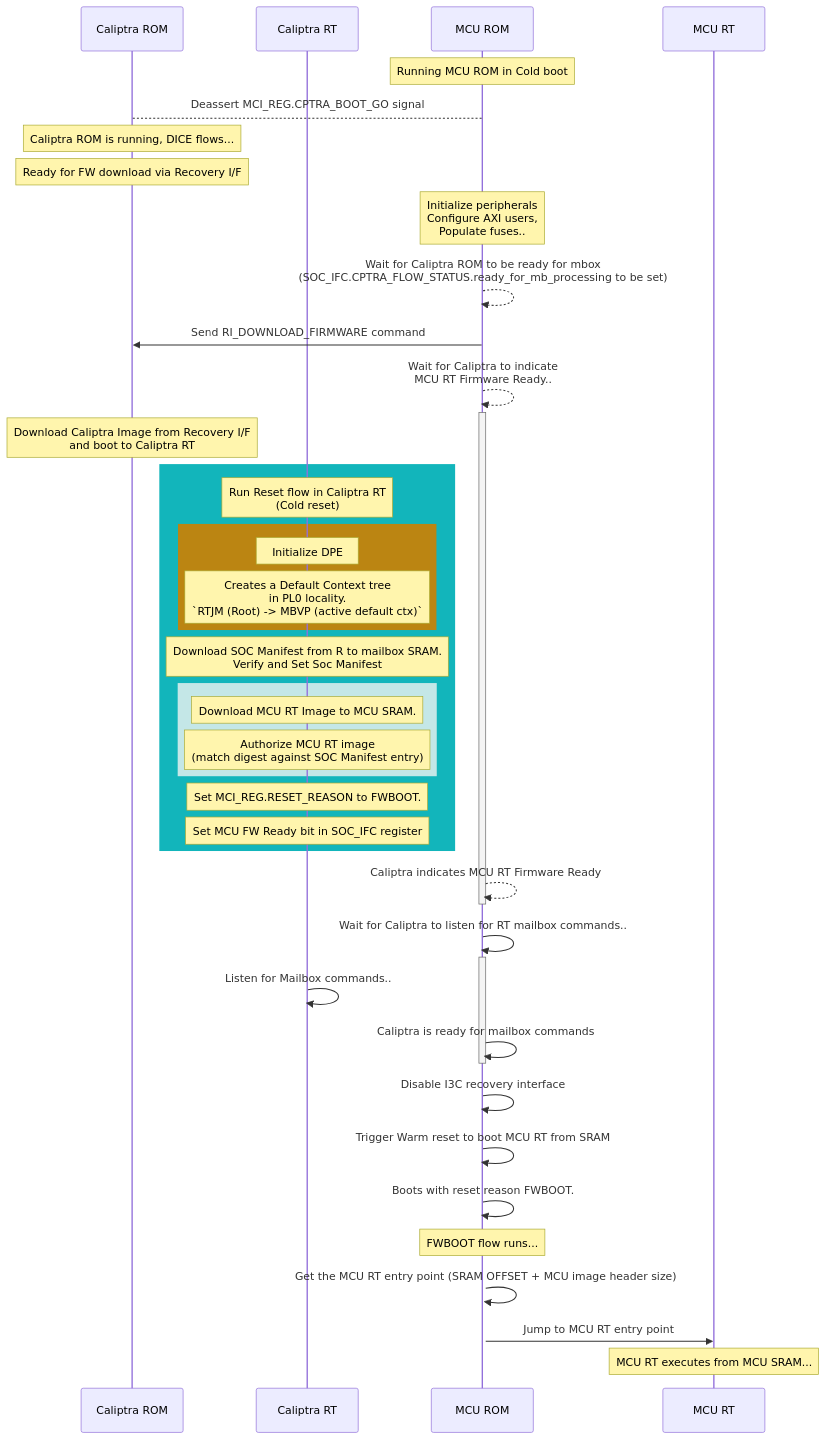
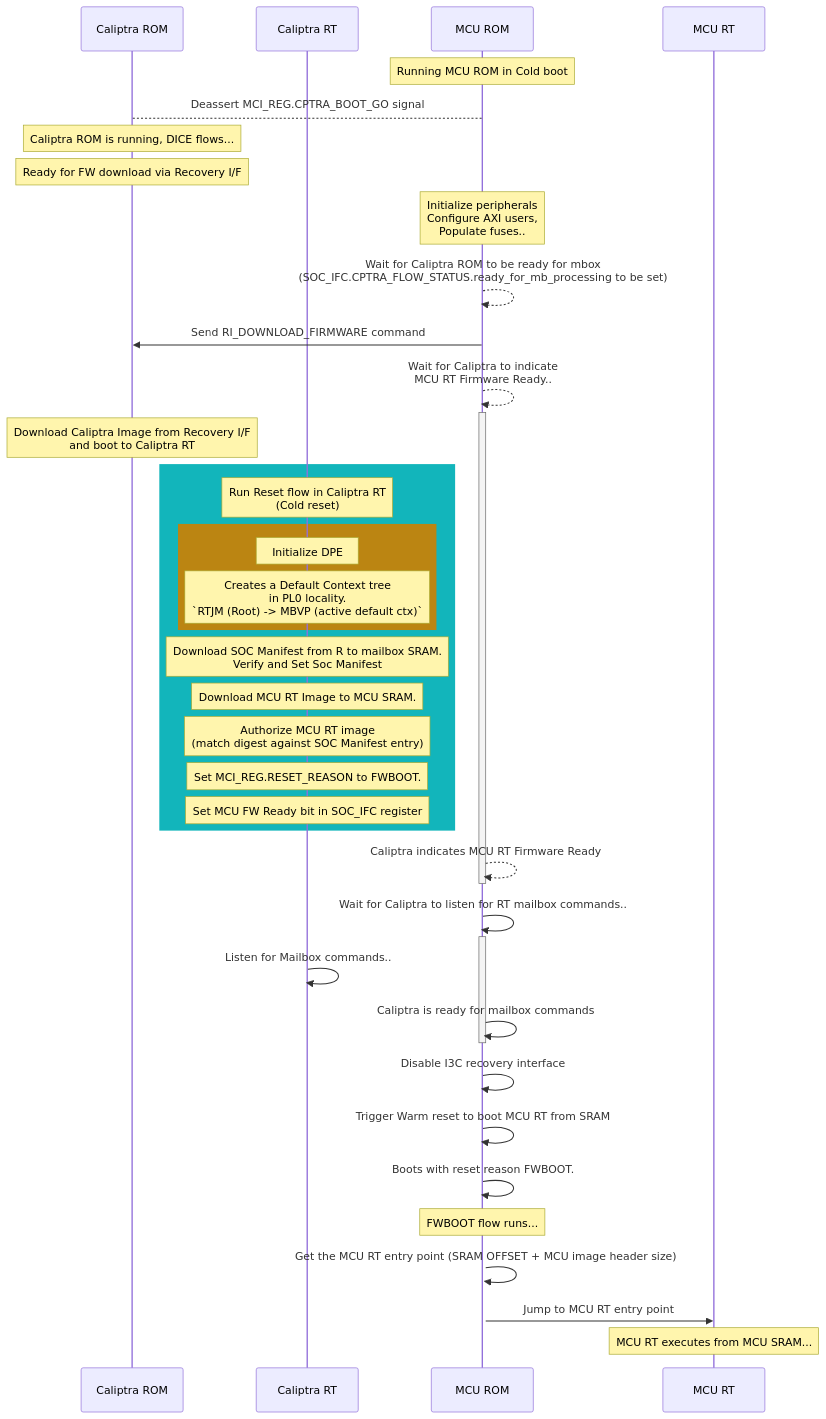
One commit to chipsalliance/caliptra-mcu-sw changed the first of 2 diagrams in docs/src/measurements.md. Above: the diagram before and after it, drawn with Mermaid.

Commit message:
update 3

````diff
--- a/docs/src/measurements.md
+++ b/docs/src/measurements.md
@@ -7,45 +7,43 @@
 ```mermaid
 sequenceDiagram
     participant Caliptra ROM
     participant Caliptra RT
     %% participant MCI REG
     %% participant Recovery I/F
     %% participant DPE
     participant MCU ROM
     participant MCU RT
     Note over MCU ROM: Running MCU ROM in Cold boot
     MCU ROM --> Caliptra ROM: Deassert MCI_REG.CPTRA_BOOT_GO signal
     Note over Caliptra ROM: Caliptra ROM is running, DICE flows...
     Note over Caliptra ROM: Ready for FW download via Recovery I/F
     Note over MCU ROM: Initialize peripherals <br/> Configure AXI users, <br/> Populate fuses..
     MCU ROM -->> MCU ROM :Wait for Caliptra ROM to be ready for mbox<br/> (SOC_IFC.CPTRA_FLOW_STATUS.ready_for_mb_processing to be set)
     MCU ROM ->> Caliptra ROM: Send RI_DOWNLOAD_FIRMWARE command
     MCU ROM -->>+ MCU ROM: Wait for Caliptra to indicate <br/> MCU RT Firmware Ready..
     Note over Caliptra ROM: Download Caliptra Image from Recovery I/F <br/>and boot to Caliptra RT
     rect rgba(18, 181, 187, 1)
     Note over Caliptra RT: Run Reset flow in Caliptra RT<br/>(Cold reset)
         rect rgba(187, 133, 18, 1)
         Note over Caliptra RT: Initialize DPE
         Note over Caliptra RT: Creates a Default Context tree <br/> in PL0 locality. <br/> `RTJM (Root) -> MBVP (active default ctx)`
         end
         Note over Caliptra RT: Download SOC Manifest from R to mailbox SRAM.<br/> Verify and Set Soc Manifest
         %% end
-        rect rgba(196, 231, 231, 1)
         Note over Caliptra RT: Download MCU RT Image to MCU SRAM.
         note over Caliptra RT: Authorize MCU RT image <br/> (match digest against SOC Manifest entry)
-        end
     Note over Caliptra RT: Set MCI_REG.RESET_REASON to FWBOOT. 
     Note over Caliptra RT: Set MCU FW Ready bit in SOC_IFC register
     end
     MCU ROM -->>- MCU ROM: Caliptra indicates MCU RT Firmware Ready
     MCU ROM ->>+ MCU ROM: Wait for Caliptra to listen for RT mailbox commands..
     Caliptra RT ->> Caliptra RT: Listen for Mailbox commands..
     MCU ROM ->>- MCU ROM: Caliptra is ready for mailbox commands
     MCU ROM ->> MCU ROM: Disable I3C recovery interface
     MCU ROM ->> MCU ROM: Trigger Warm reset to boot MCU RT from SRAM
     MCU ROM ->>+ MCU ROM: Boots with reset reason FWBOOT.
     note over MCU ROM : FWBOOT flow runs...
     MCU ROM ->> MCU ROM: Get the MCU RT entry point (SRAM OFFSET + MCU image header size)
     MCU ROM ->> MCU RT: Jump to MCU RT entry point
     Note over MCU RT: MCU RT executes from MCU SRAM...
 ```
````
